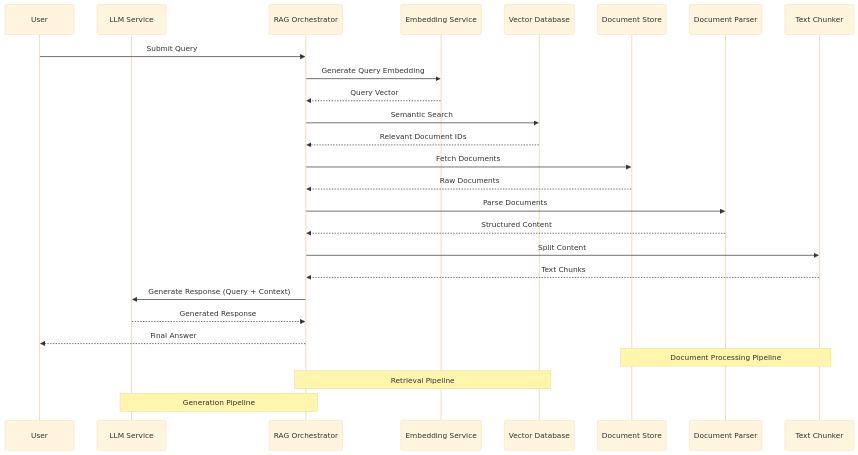
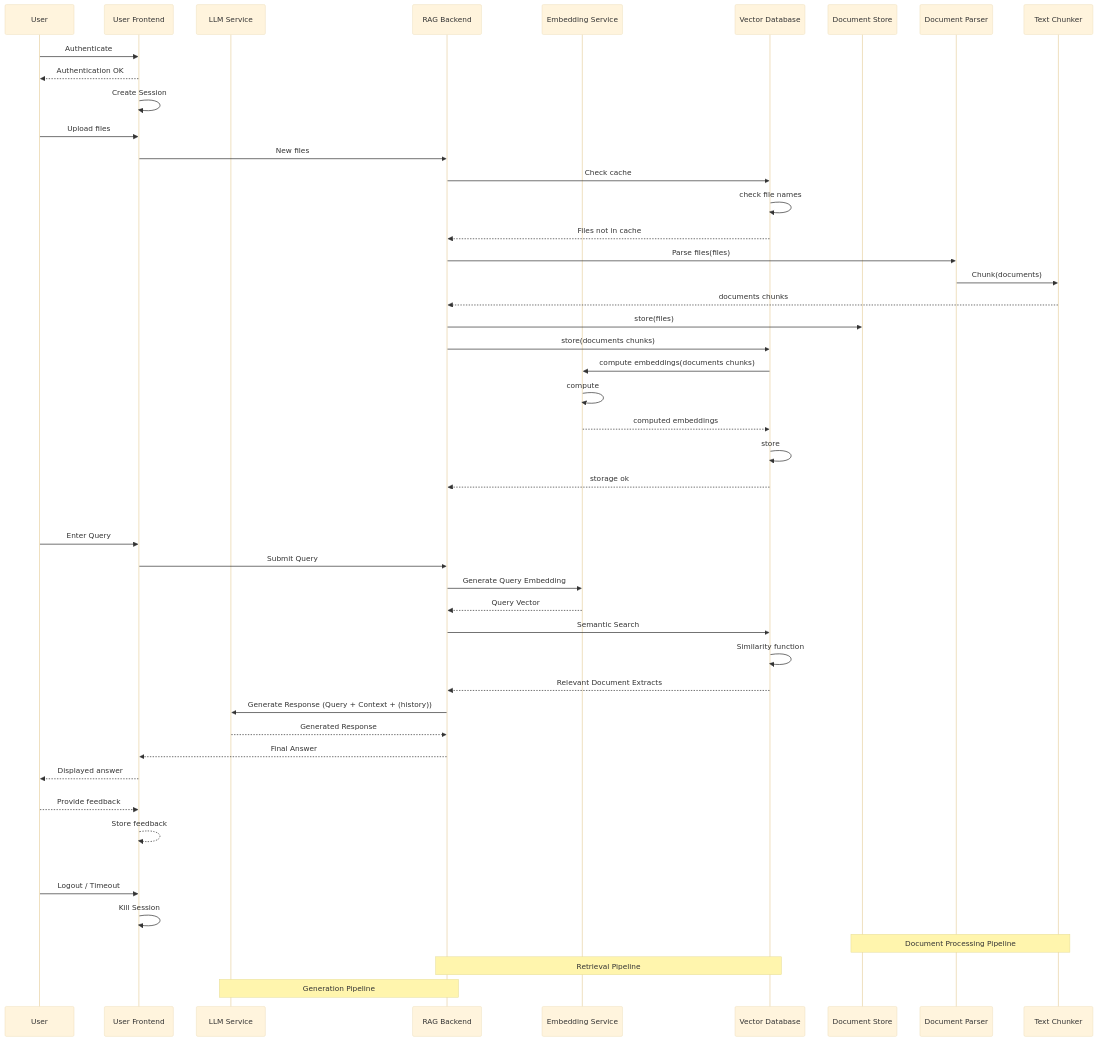
The third of 4 diagrams in README.md (rte-france/wattelse), drawn with Mermaid (base theme) before and after one commit. The commit also changed other lines of this file, not shown here.

Commit message:
[Doc] Updated diagrams

````diff
--- a/README.md
+++ b/README.md
@@ -126,37 +126,61 @@
 ```mermaid
 
 
 sequenceDiagram
     participant User
+    participant UI as User Frontend
     participant LLM as LLM Service
-    participant RAG as RAG Orchestrator
+    participant RAG as RAG Backend
     participant Embedding as Embedding Service
     participant VectorDB as Vector Database
     participant DocStore as Document Store
     participant Parser as Document Parser
     participant Chunker as Text Chunker
 
-    User->>RAG: Submit Query
+    User->>UI: Authenticate
+    UI-->>User: Authentication OK
+    
+    UI->>UI: Create Session
+    
+    User->>UI: Upload files
+    UI->>RAG: New files
+    RAG->>VectorDB: Check cache
+    VectorDB->>VectorDB: check file names
+    VectorDB-->>RAG: Files not in cache
+    RAG->>Parser: Parse files(files)
+    Parser->>Chunker: Chunk(documents)
+    Chunker-->>RAG: documents chunks
+    RAG->>DocStore: store(files)
+    RAG->>VectorDB: store(documents chunks)
+    VectorDB->>Embedding: compute embeddings(documents chunks)
+    Embedding->>Embedding: compute
+    Embedding-->>VectorDB: computed embeddings
+    VectorDB->>VectorDB: store
+    VectorDB-->>RAG: storage ok
+    
+    User->>UI: <br><br><br><br>Enter Query
+    UI->>RAG: Submit Query
     RAG->>Embedding: Generate Query Embedding
     Embedding-->>RAG: Query Vector
 
     RAG->>VectorDB: Semantic Search
-    VectorDB-->>RAG: Relevant Document IDs
+    VectorDB->>VectorDB: Similarity function
+    VectorDB-->>RAG: Relevant Document Extracts
 
-    RAG->>DocStore: Fetch Documents
-    DocStore-->>RAG: Raw Documents
-
-    RAG->>Parser: Parse Documents
-    Parser-->>RAG: Structured Content
-
-    RAG->>Chunker: Split Content
-    Chunker-->>RAG: Text Chunks
-
-    RAG->>LLM: Generate Response (Query + Context)
+    RAG->>LLM: Generate Response (Query + Context + (history))
     LLM-->>RAG: Generated Response
-    RAG-->>User: Final Answer
+    RAG-->>UI: Final Answer
+    UI-->>User: Displayed answer
+    
+    User-->>UI: <br>Provide feedback
+    UI-->>UI: Store feedback
+    
+    
+    
+    User->>UI: <br><br><br>Logout / Timeout
+    UI->>UI: Kill Session
 
     Note over DocStore,Chunker: Document Processing Pipeline
     Note over RAG,VectorDB: Retrieval Pipeline
     Note over RAG,LLM: Generation Pipeline
 ```
````
